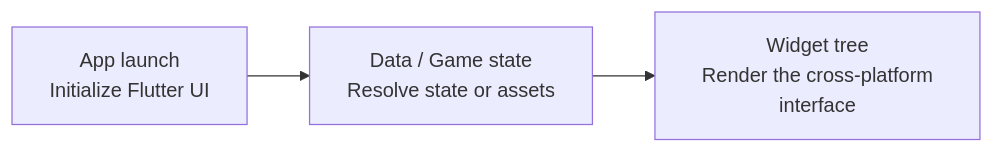
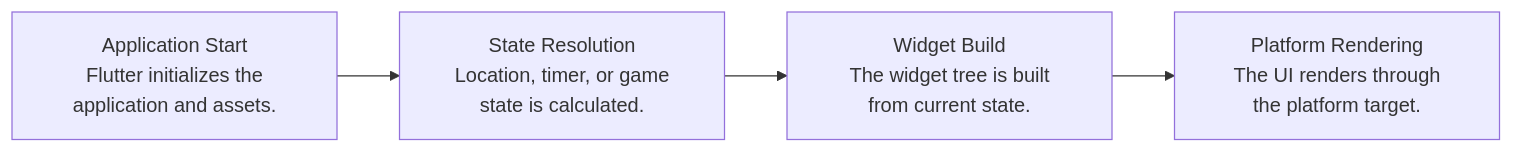
Before and after one commit to Kanishq10/ninja_run_flutter_demo: the diagram in README.md, drawn with Mermaid. The commit also changed other lines of this file, not shown here.

````diff
--- a/README.md
+++ b/README.md
@@ -18,8 +26,10 @@
 ```mermaid
 flowchart LR
-    N0["App launch<br/> Initialize Flutter UI"]
-    N1["Data / Game state<br/> Resolve state or assets"]
+    N0["Application Start<br/> Flutter initializes the application and assets."]
+    N1["State Resolution<br/> Location, timer, or game state is calculated."]
+    N2["Widget Build<br/> The widget tree is built from current state."]
+    N3["Platform Rendering<br/> The UI renders through the platform target."]
     N0 --> N1
-    N2["Widget tree<br/> Render the cross-platform interface"]
     N1 --> N2
+    N2 --> N3
 ```
````
